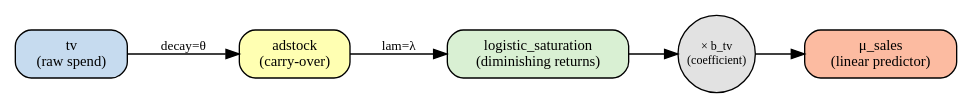
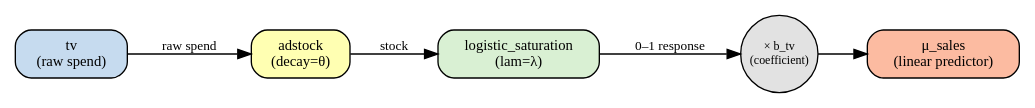
Before and after one commit to pymc-labs/pathmc: the diagram in docs/user_guide/12-transforms.qmd, drawn with Graphviz. The commit also changed other lines of this file and 27 other files, not shown here.

````diff
--- a/docs/user_guide/12-transforms.qmd
+++ b/docs/user_guide/12-transforms.qmd
@@ -43,21 +53,21 @@
 ```{dot}
 //| label: fig-transform-pipeline
-//| fig-cap: "Transform composition pipeline for a single channel. Raw spend enters the inner transform (adstock) first, producing an accumulated stock. The stock then passes through the outer transform (logistic saturation), producing a 0–1 response. The response is multiplied by the channel coefficient and added to the linear predictor."
+//| fig-cap: "One channel's transform chain. Raw spend enters adstock first and becomes an accumulated stock. That stock passes through logistic saturation and becomes a 0–1 response. The response is multiplied by the channel coefficient and added to the linear predictor. Nested calls and pipes compile to this order."
 //| fig-width: 6.5
 digraph {
   rankdir=LR
   node [shape=box, style="filled,rounded", fontsize=11]
   edge [fontsize=10]
 
   tv [label="tv\n(raw spend)", fillcolor="#c6dbef"]
-  adstock [label="adstock\n(carry-over)", fillcolor="#ffffb2"]
-  sat [label="logistic_saturation\n(diminishing returns)", fillcolor="#d9f0d3"]
+  adstock [label="adstock\n(decay=θ)", fillcolor="#ffffb2"]
+  sat [label="logistic_saturation\n(lam=λ)", fillcolor="#d9f0d3"]
   coef [label="× b_tv\n(coefficient)", fillcolor="#e2e2e2", shape=circle, width=0.8, fixedsize=true, fontsize=9]
   mu [label="μ_sales\n(linear predictor)", fillcolor="#fcbba1"]
 
-  tv -> adstock [label=" decay=θ"]
-  adstock -> sat [label=" lam=λ"]
-  sat -> coef
+  tv -> adstock [label=" raw spend"]
+  adstock -> sat [label=" stock"]
+  sat -> coef [label=" 0–1 response"]
   coef -> mu
 }
 ```
````
